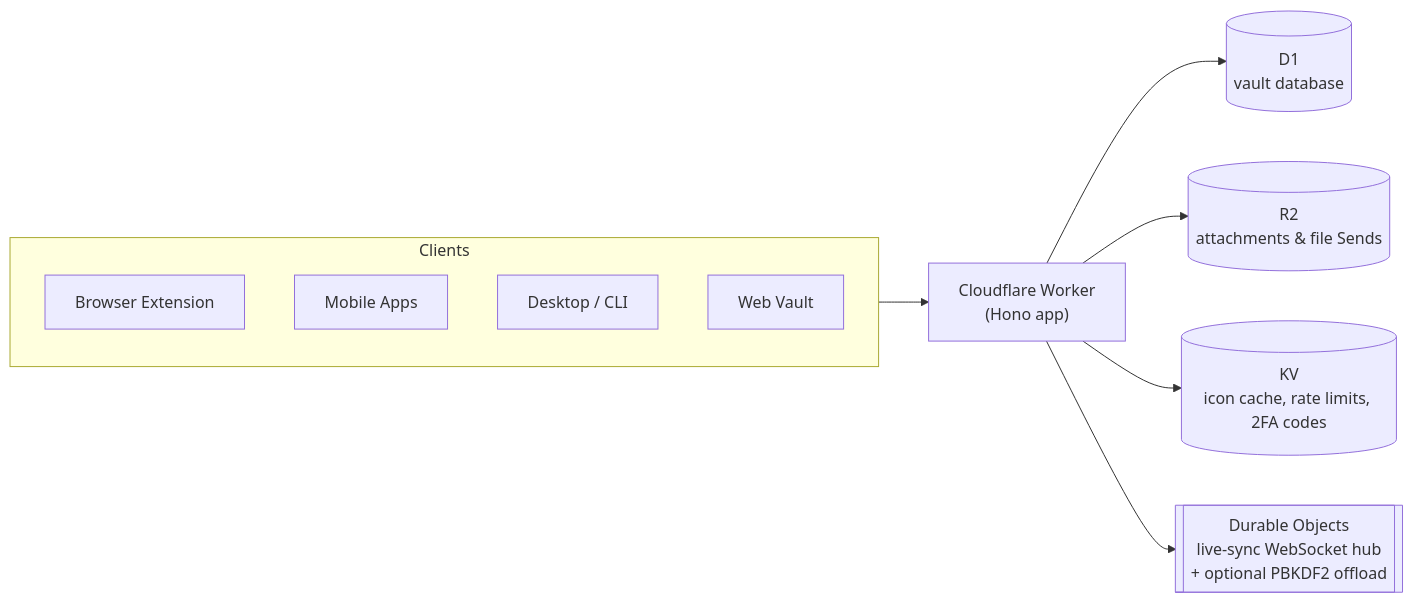
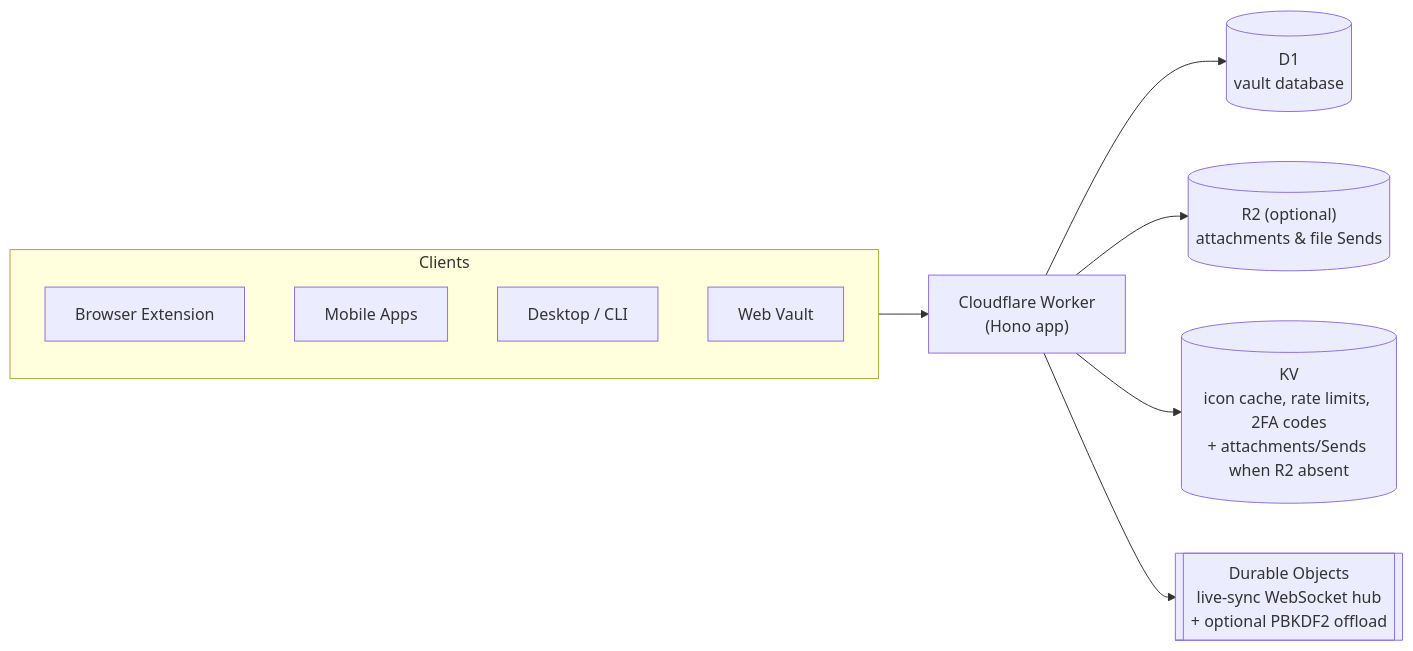
The diagram in README.md (nommyt/vaultur), drawn with Mermaid before and after one commit. The commit also changed other lines of this file and 14 other files, not shown here.

First line of the commit message:
Fall back to KV for attachments/Sends when R2 isn't bound

````diff
--- a/README.md
+++ b/README.md
@@ -69,16 +70,16 @@
 ```mermaid
 flowchart LR
     subgraph Clients
         A[Browser Extension]
         B[Mobile Apps]
         C[Desktop / CLI]
         D[Web Vault]
     end
 
     Clients --> W["Cloudflare Worker<br/>(Hono app)"]
 
     W --> D1[("D1<br/>vault database")]
-    W --> R2[("R2<br/>attachments & file Sends")]
-    W --> KV[("KV<br/>icon cache, rate limits, 2FA codes")]
+    W --> R2[("R2 (optional)<br/>attachments & file Sends")]
+    W --> KV[("KV<br/>icon cache, rate limits, 2FA codes<br/>+ attachments/Sends when R2 absent")]
     W --> DO[["Durable Objects<br/>live-sync WebSocket hub<br/>+ optional PBKDF2 offload"]]
 ```
````
